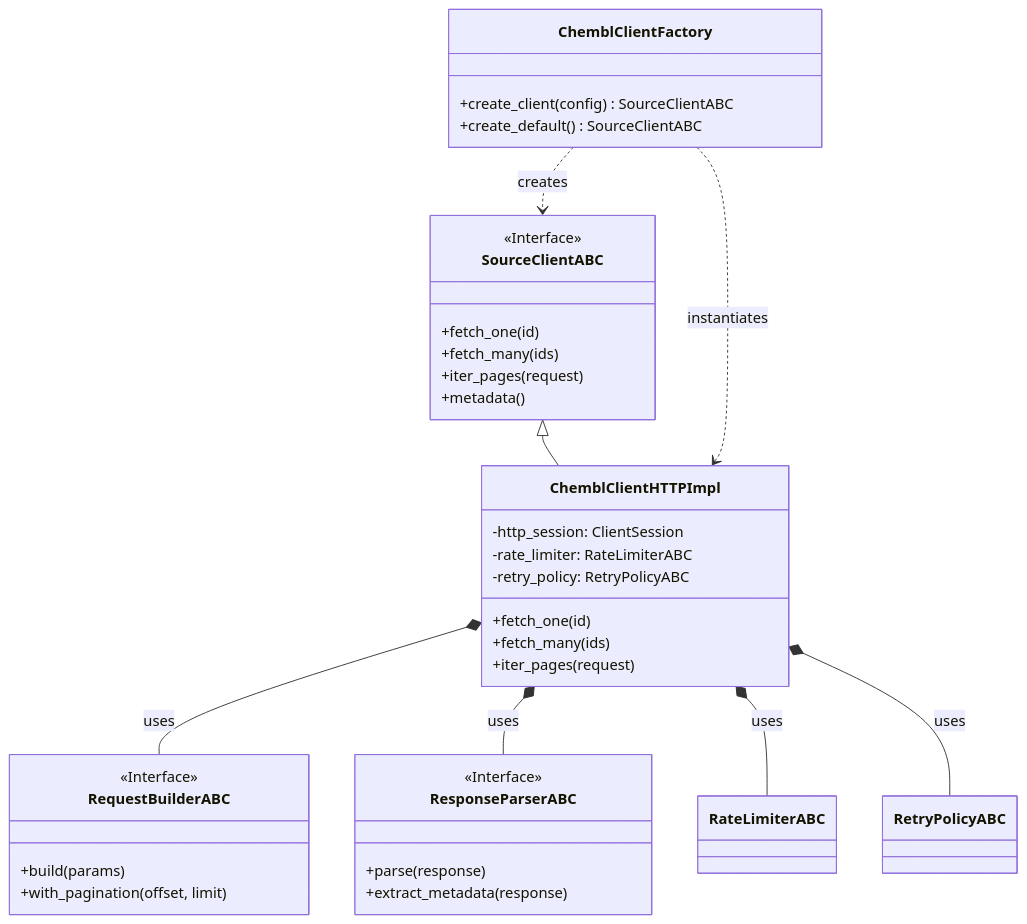
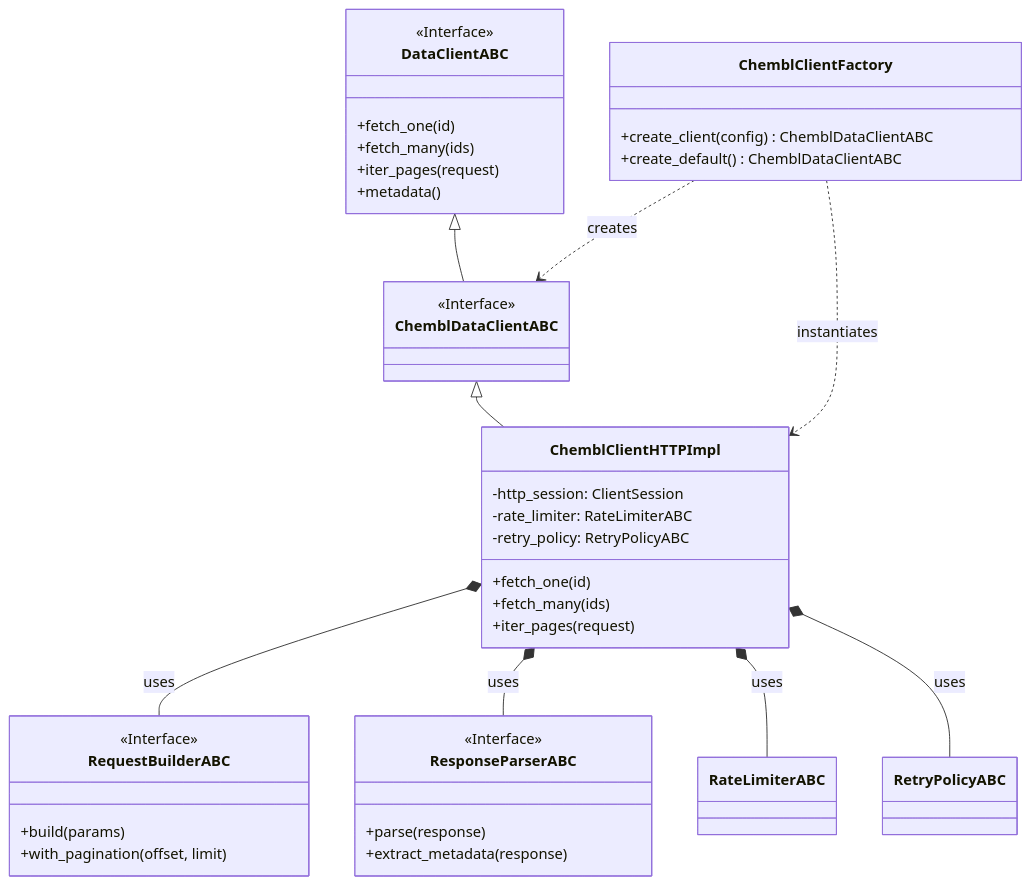
One commit to SatoryKono/BioactivityDataAcquisition changed the fifth of 7 diagrams in docs/architecture/07-diagrams.md. Above: the diagram before and after it, drawn with Mermaid. The commit also changed other lines of this file and 11 other files, not shown here.

Commit message:
Refactor client contracts to remove SourceClientABC

````diff
--- a/docs/architecture/07-diagrams.md
+++ b/docs/architecture/07-diagrams.md
@@ -289,45 +289,50 @@
 ```mermaid
 classDiagram
-    class SourceClientABC {
+    class DataClientABC {
         <<Interface>>
         +fetch_one(id)
         +fetch_many(ids)
         +iter_pages(request)
         +metadata()
+    }
+
+    class ChemblDataClientABC {
+        <<Interface>>
     }
 
     class RequestBuilderABC {
         <<Interface>>
         +build(params)
         +with_pagination(offset, limit)
     }
 
     class ResponseParserABC {
         <<Interface>>
         +parse(response)
         +extract_metadata(response)
     }
 
     class ChemblClientHTTPImpl {
         -http_session: ClientSession
         -rate_limiter: RateLimiterABC
         -retry_policy: RetryPolicyABC
         +fetch_one(id)
         +fetch_many(ids)
         +iter_pages(request)
     }
 
     class ChemblClientFactory {
-        +create_client(config) SourceClientABC
-        +create_default() SourceClientABC
+        +create_client(config) ChemblDataClientABC
+        +create_default() ChemblDataClientABC
     }
 
-    SourceClientABC <|-- ChemblClientHTTPImpl
-    ChemblClientFactory ..> SourceClientABC : creates
+    DataClientABC <|-- ChemblDataClientABC
+    ChemblDataClientABC <|-- ChemblClientHTTPImpl
+    ChemblClientFactory ..> ChemblDataClientABC : creates
     ChemblClientFactory ..> ChemblClientHTTPImpl : instantiates
 
     ChemblClientHTTPImpl *-- RequestBuilderABC : uses
     ChemblClientHTTPImpl *-- ResponseParserABC : uses
     ChemblClientHTTPImpl *-- RateLimiterABC : uses
     ChemblClientHTTPImpl *-- RetryPolicyABC : uses
 ```
````
